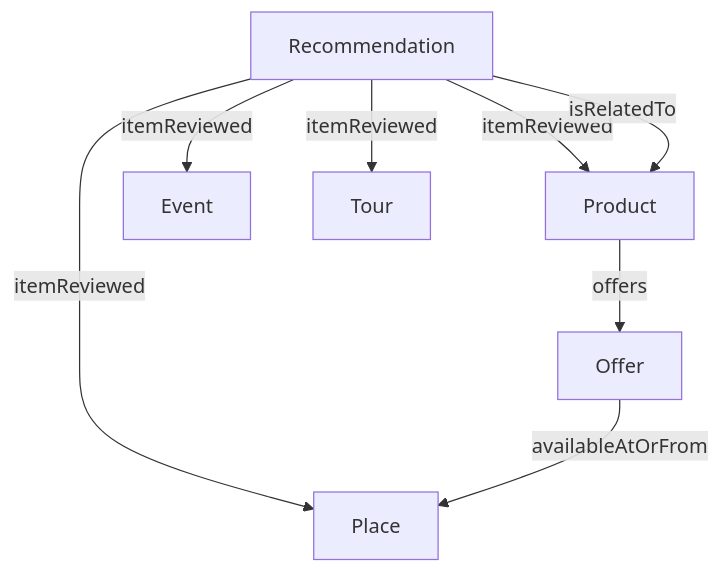
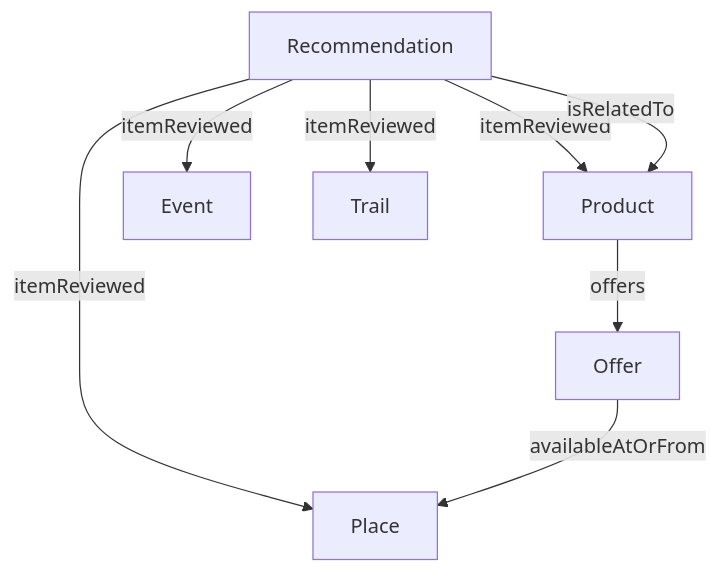
Before and after one commit to tsolenthaler/docs.contentdesk.io: the second of 3 diagrams in docs/dev/projects/glarnerlandApp.md, drawn with Mermaid. The commit also changed other lines of this file and 1 other file, not shown here.

Commit message:
Refactor schema and update relationships in glarnerlandApp.md

````diff
--- a/docs/dev/projects/glarnerlandApp.md
+++ b/docs/dev/projects/glarnerlandApp.md
@@ -34,10 +34,10 @@
 ``` mermaid
 graph TD
     Recommendation -->|itemReviewed|Place
     Recommendation -->|itemReviewed|Product
     Recommendation -->|itemReviewed|Event
-    Recommendation -->|itemReviewed|Tour
+    Recommendation -->|itemReviewed|Trail
     Recommendation -->|isRelatedTo|Product
     Product-->|offers|Offer
     Offer-->|availableAtOrFrom|Place
 ```
````
